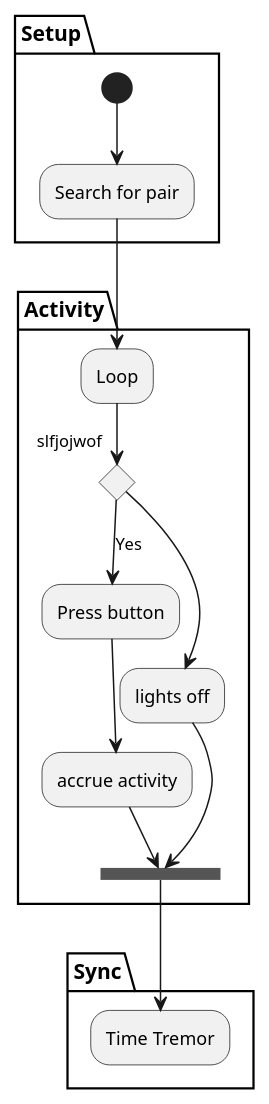
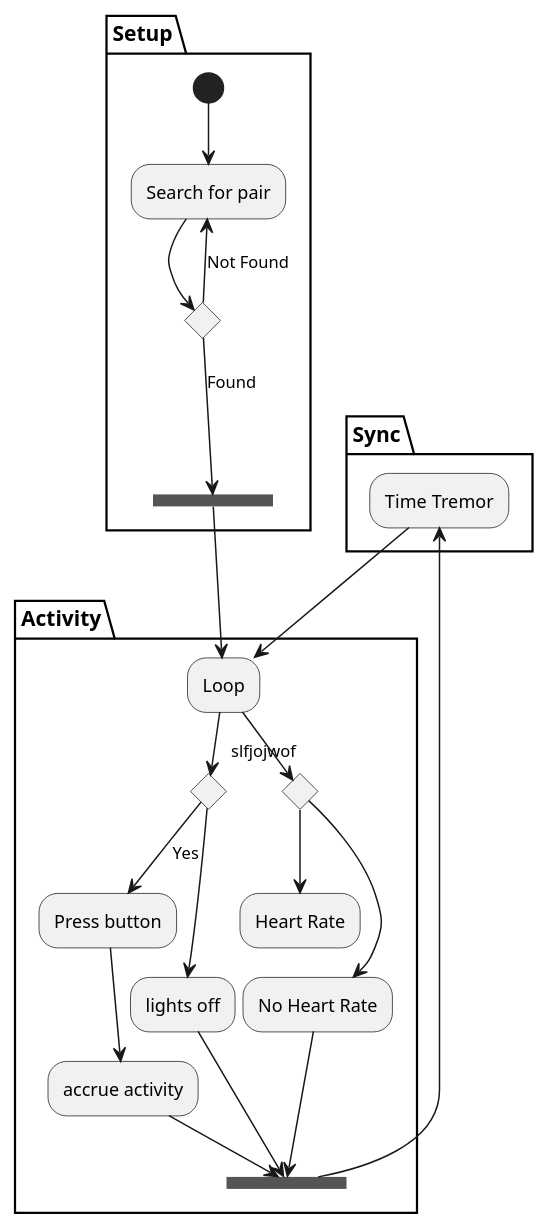
The diagram in infinityband.pu (MGDS-PET/UML-Diagrams), drawn with PlantUML before and after one commit.

Commit message:
setup section coherent

```diff
--- a/infinityband.pu
+++ b/infinityband.pu
@@ -1,28 +1,45 @@
 @startuml
 
 skinparam monochrome true
 
 
 partition Setup {
-    (*) --> "Search for pair"
+(*) --> "Search for pair"
+--> if "" then
+--> [Found] === A1 ===
+else
+-->[Not Found] "Search for pair"
+endif
+
 }
 
 partition Activity {
-"Search for pair" --> Loop
+=== A1 === --> Loop
 
 If "slfjojwof"
 -->[Yes] "Press button"
 --> "accrue activity"
 --> === S1 ===
 else
 --> "lights off"
 Endif
 
 --> === S1 ===
+
+Loop if "" then 
+--> "Heart Rate"
+else
+--> "No Heart Rate"
+endif
+--> === S1 ===
+
+
+
 }
 
 partition Sync {
 === S1 === --> "Time Tremor"
+--> Loop
 }
 
 @enduml
```
